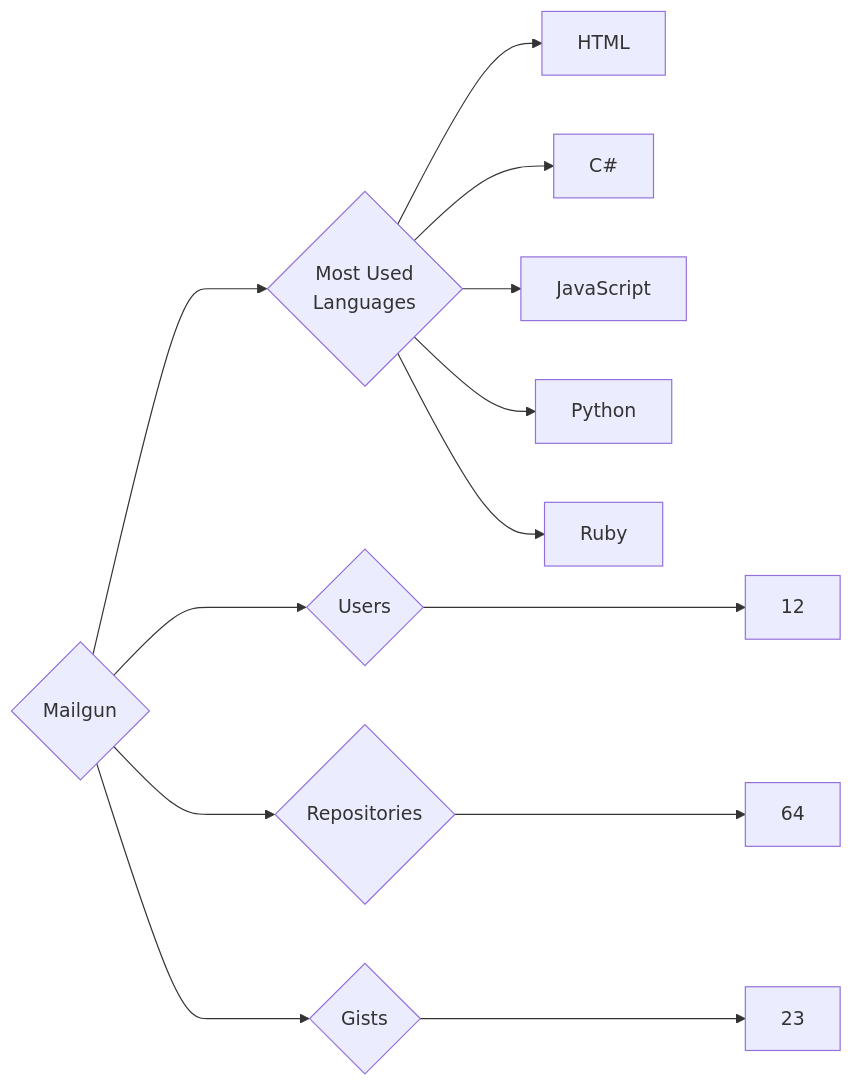
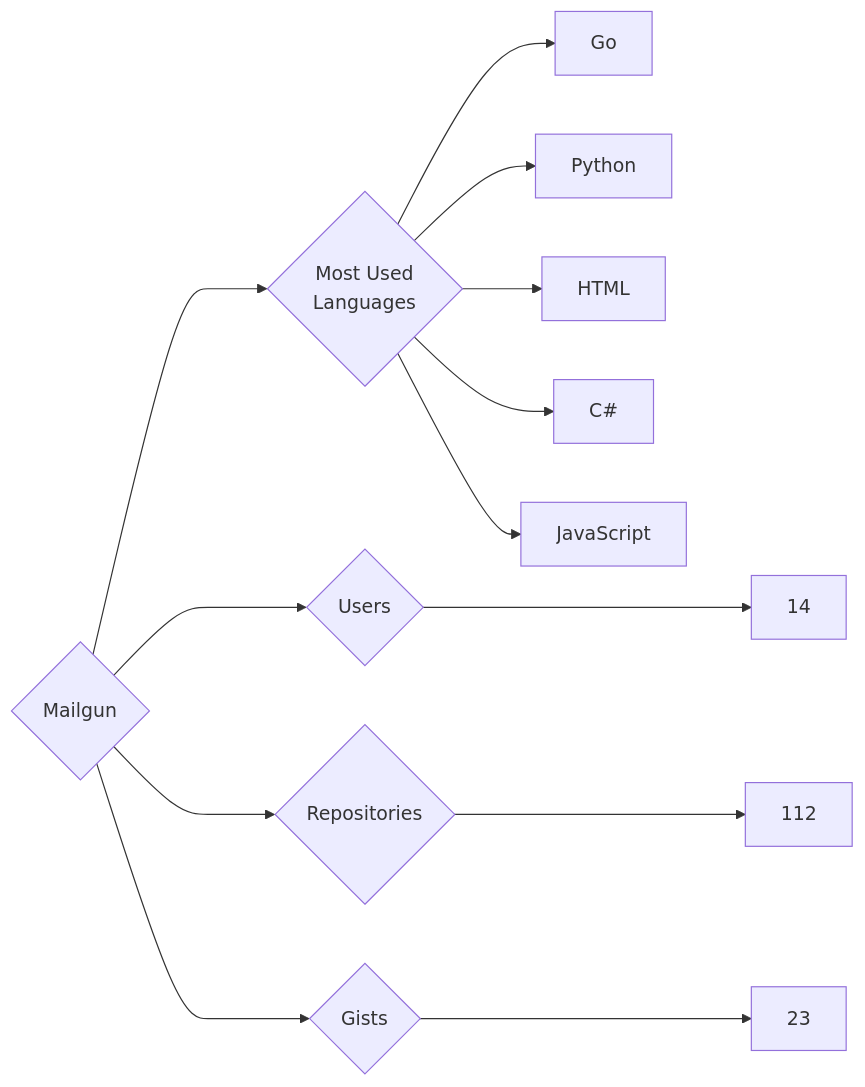
One commit to trickest/insiders changed the diagram in targets/Mailgun/README.md. Above: the diagram before and after it, drawn with Mermaid. The commit also changed 951 other files, not shown here.

````diff
--- a/targets/Mailgun/README.md
+++ b/targets/Mailgun/README.md
@@ -3,13 +3,13 @@
 ```mermaid
 graph LR
 COMPANY_NAME{Mailgun}
-COMPANY_NAME ---> U{Users} ---> UN[12]
-COMPANY_NAME ---> R{Repositories} ---> RN[64]
+COMPANY_NAME ---> U{Users} ---> UN[14]
+COMPANY_NAME ---> R{Repositories} ---> RN[112]
 COMPANY_NAME ---> G{Gists} ---> GN[23]
 COMPANY_NAME ---> ML{Most Used<br>Languages}
+ML --> Go[Go]
+ML --> Python[Python]
 ML --> HTML[HTML]
 ML --> C#[C#]
 ML --> JavaScript[JavaScript]
-ML --> Python[Python]
-ML --> Ruby[Ruby]
 ```
````
